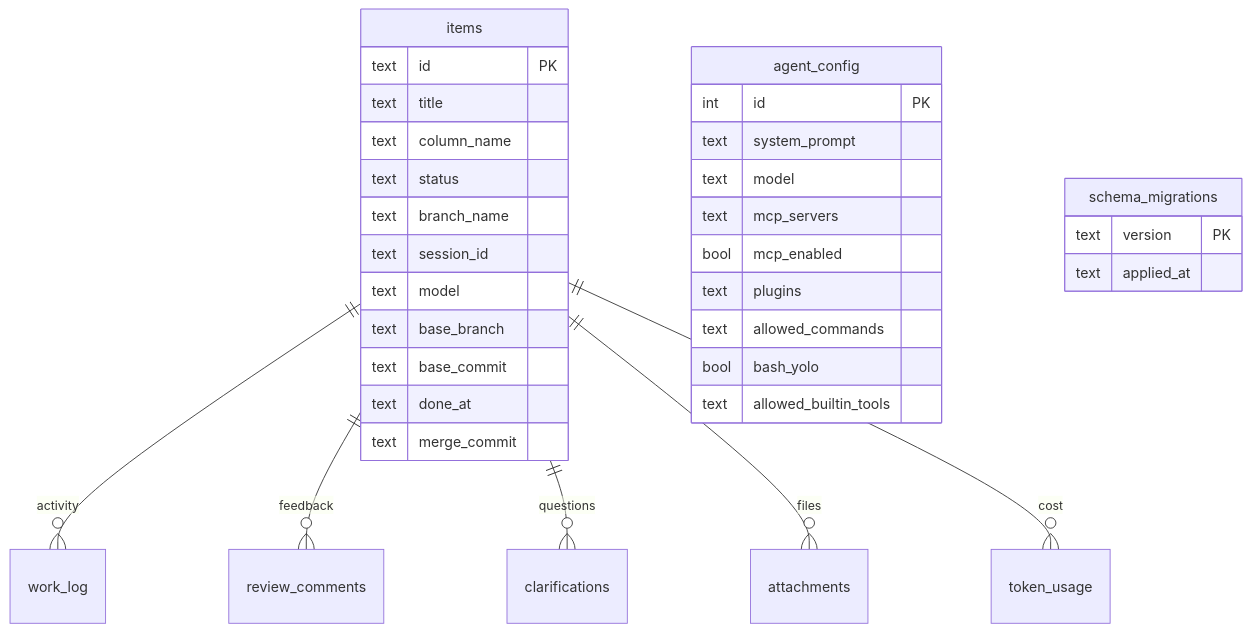
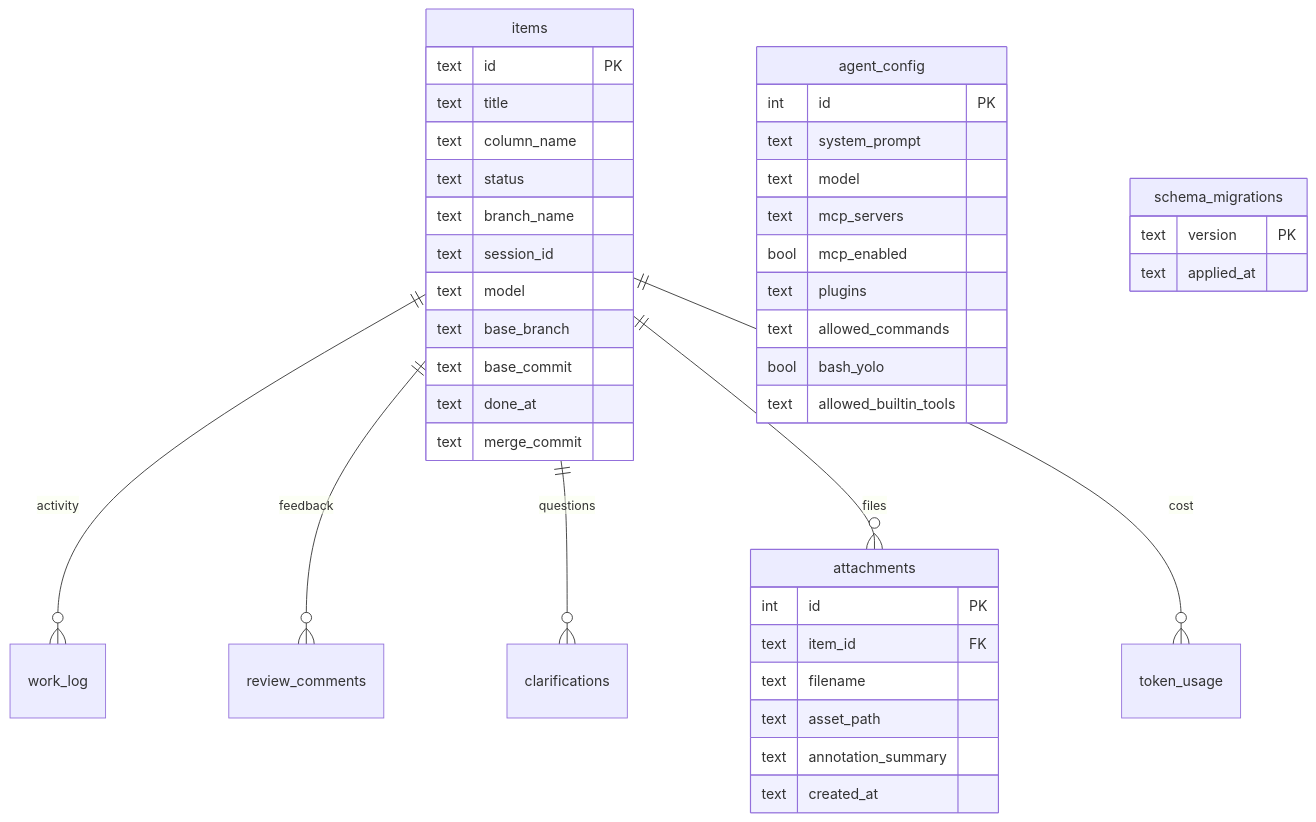
Before and after one commit to epatel/claude-agents-dashboard: the fourth of 4 diagrams in CLAUDE.md, drawn with Mermaid. The commit also changed other lines of this file and 8 other files, not shown here.

````diff
--- a/CLAUDE.md
+++ b/CLAUDE.md
@@ -281,39 +281,48 @@
 ```mermaid
 erDiagram
     items ||--o{ work_log : "activity"
     items ||--o{ review_comments : "feedback"
     items ||--o{ clarifications : "questions"
     items ||--o{ attachments : "files"
     items ||--o{ token_usage : "cost"
 
     items {
         text id PK
         text title
         text column_name
         text status
         text branch_name
         text session_id
         text model
         text base_branch
         text base_commit
         text done_at
         text merge_commit
     }
 
     agent_config {
         int id PK
         text system_prompt
         text model
         text mcp_servers
         bool mcp_enabled
         text plugins
         text allowed_commands
         bool bash_yolo
         text allowed_builtin_tools
     }
 
+    attachments {
+        int id PK
+        text item_id FK
+        text filename
+        text asset_path
+        text annotation_summary
+        text created_at
+    }
+
     schema_migrations {
         text version PK
         text applied_at
     }
 ```
````
